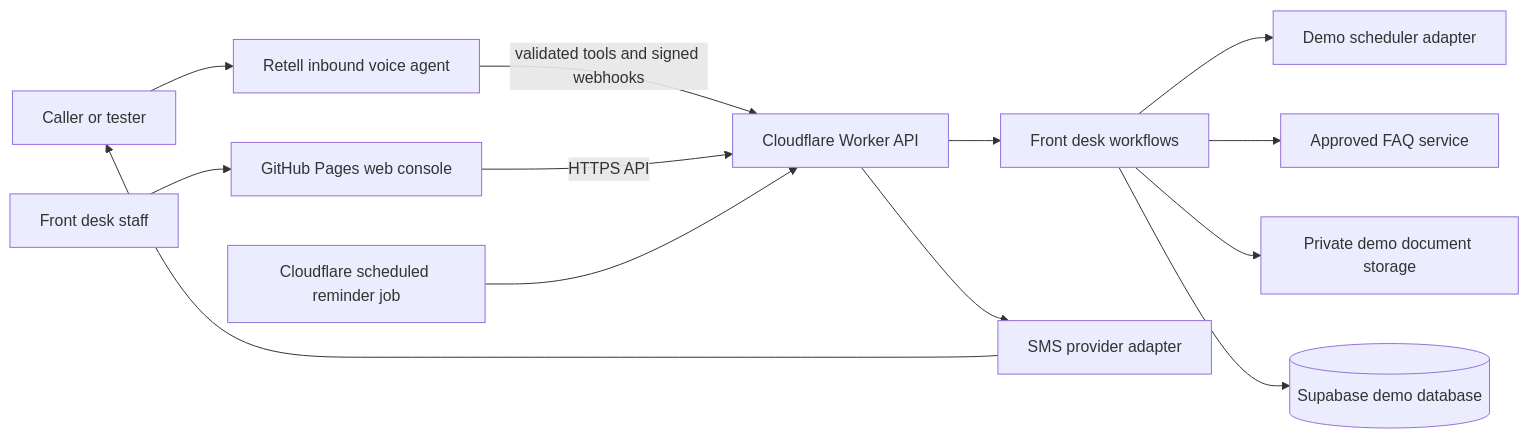
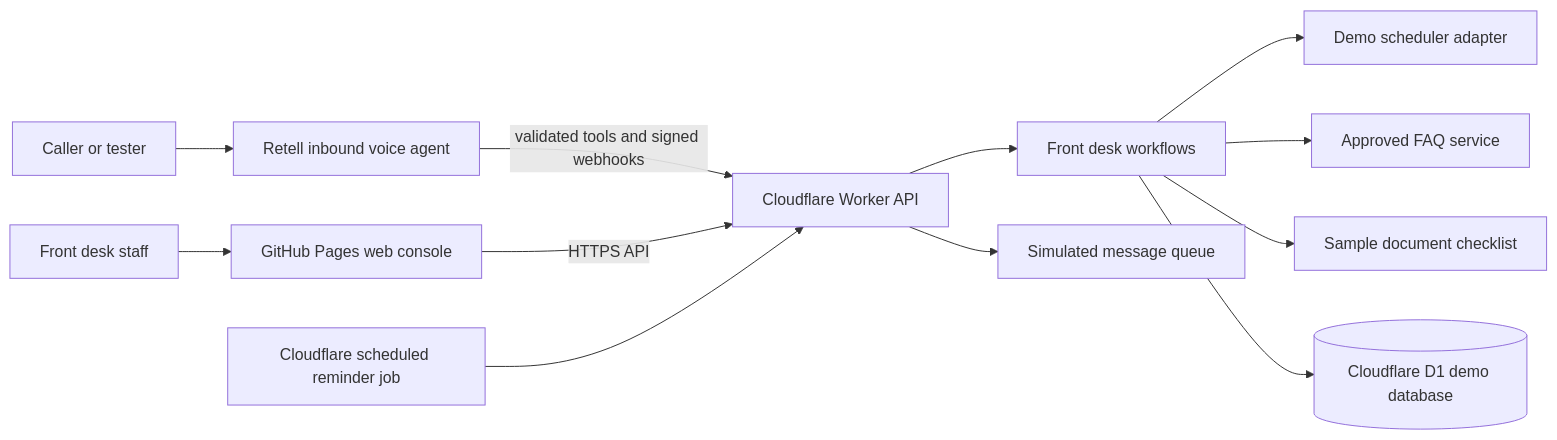
One commit to parshvak26/ai-healthcare-front-desk changed the diagram in docs/ARCHITECTURE.md. Above: the diagram before and after it, drawn with Mermaid. The commit also changed other lines of this file and 25 other files, not shown here.

Commit message:
feat: connect healthcare demo to Cloudflare D1

````diff
--- a/docs/ARCHITECTURE.md
+++ b/docs/ARCHITECTURE.md
@@ -24,15 +24,14 @@
 ```mermaid
 flowchart LR
   P[Caller or tester] --> TEL[Retell inbound voice agent]
   TEL -->|validated tools and signed webhooks| W[Cloudflare Worker API]
   UI[GitHub Pages web console] -->|HTTPS API| W
   CRON[Cloudflare scheduled reminder job] --> W
   W --> SVC[Front desk workflows]
   SVC --> SCH[Demo scheduler adapter]
   SVC --> FAQ[Approved FAQ service]
-  SVC --> DOC[Private demo document storage]
-  SVC --> DB[(Supabase demo database)]
-  W --> SMS[SMS provider adapter]
-  SMS --> P
+  SVC --> DOC[Sample document checklist]
+  SVC --> DB[(Cloudflare D1 demo database)]
+  W --> MSG[Simulated message queue]
   STAFF[Front desk staff] --> UI
 ```
````
